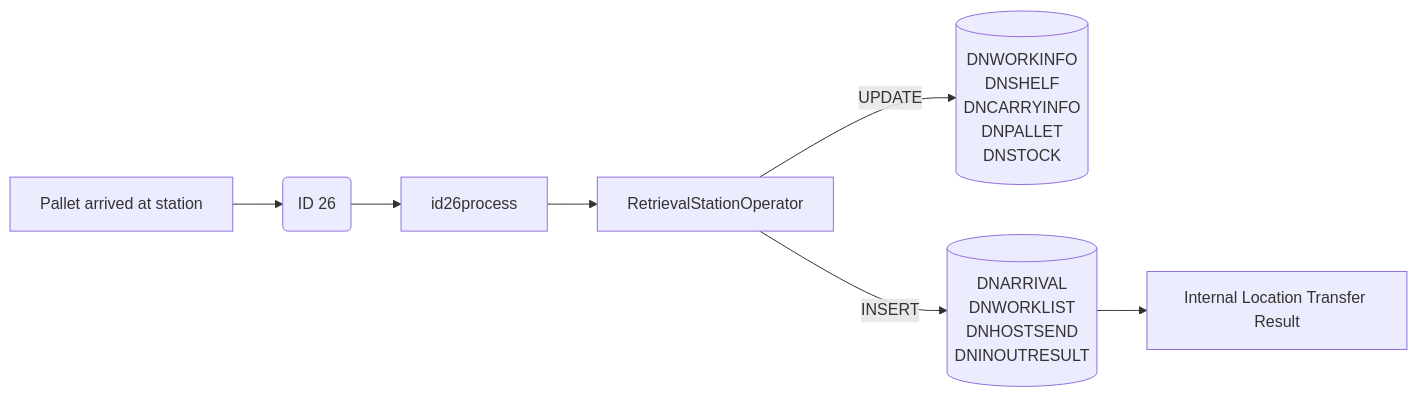
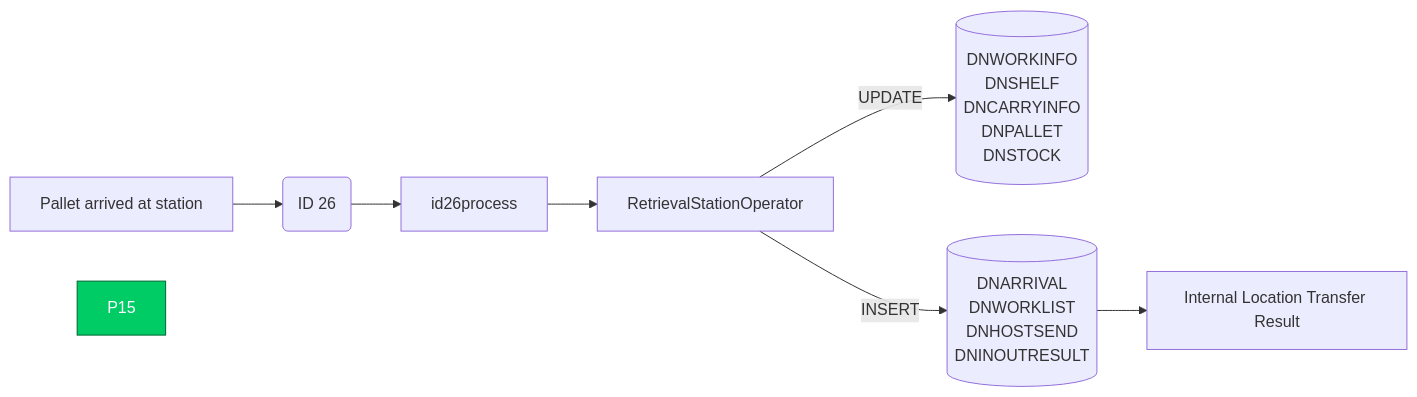
Diagram 17 of 17 in Basic-Design/DFD-WMS/Retrieval/QC-Setting/Retrieval-for-QC-Start.md (luthfiadityaa/SimeDarby-Wiki), drawn with Mermaid before and after one commit.

Commit message:
Updated Retrieval for QC Start

```diff
--- a/Basic-Design/DFD-WMS/Retrieval/QC-Setting/Retrieval-for-QC-Start.md
+++ b/Basic-Design/DFD-WMS/Retrieval/QC-Setting/Retrieval-for-QC-Start.md
@@ -678,42 +678,46 @@
 ::: mermaid
 flowchart LR
 
 buttonclicked["
 Pallet arrived at station
 "]
 
 buttonclicked2["
 Internal Location Transfer Result 
 "]
 
 id26msg("
 ID 26
 ")
 
 id26-update[("
 DNWORKINFO
 DNSHELF
 DNCARRYINFO
 DNPALLET
 DNSTOCK
 ")]
 
 id26-insert[("
 DNARRIVAL
 DNWORKLIST
 DNHOSTSEND
 DNINOUTRESULT
 ")]
 
 id26process[id26process]
 retrievaloperator[RetrievalStationOperator]
 
 
 buttonclicked --> id26msg
 id26msg -->id26process
 id26process-->retrievaloperator
 
 retrievaloperator--> |INSERT| id26-insert
 retrievaloperator--> |UPDATE| id26-update
 id26-insert-->buttonclicked2 
+
+click buttonclicked2 "https://dev.azure.com/Daifuku-SW/ID_SimeDarbyPlantation/_wiki/wikis/ID_SimeDarbyPlantation.wiki/948/Unplanned-Storage-from-HP" "Go to HP"
+click P16 "https://dev.azure.com/Daifuku-SW/ID_SimeDarbyPlantation/_wiki/wikis/ID_SimeDarbyPlantation.wiki/880/Unplanned-Storage-from-OP-Area" "Go to OP"
+style P15 fill:#00cc66,stroke:#006633,color:#ffffff
 :::
```
